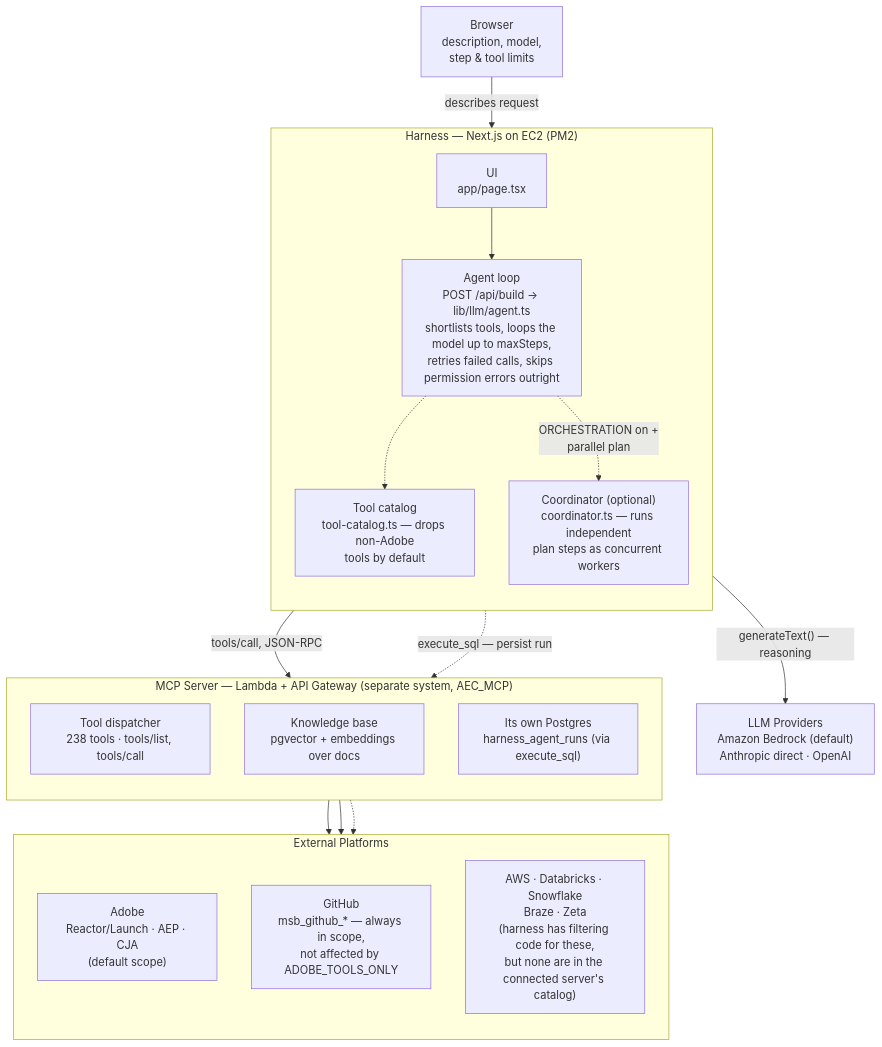
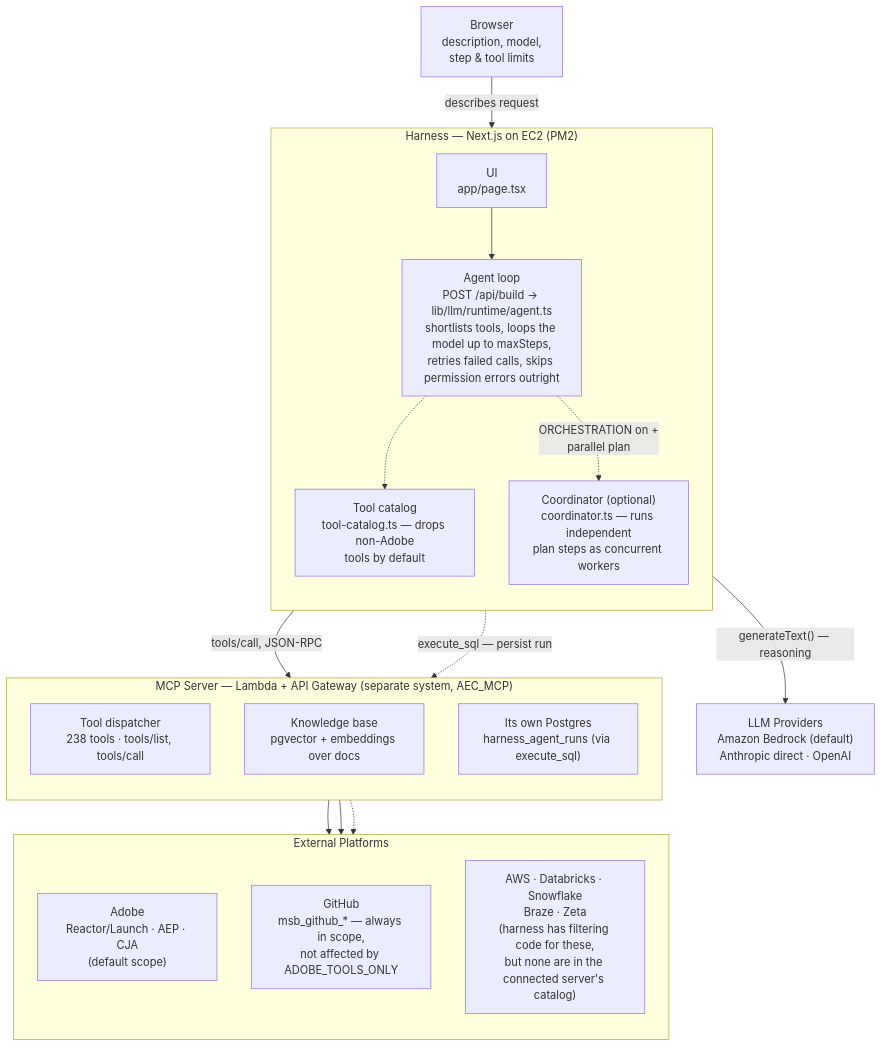
Before and after one commit to chaunceyplum/NEXT_HARNESS: the diagram in ARCHITECTURE.md, drawn with Mermaid. The commit also changed other lines of this file and 143 other files, not shown here.

First line of the commit message:
refactor(llm): group lib/llm into runtime, tools, models, quality and domains

````diff
--- a/ARCHITECTURE.md
+++ b/ARCHITECTURE.md
@@ -8,39 +8,39 @@
 ```mermaid
 flowchart TD
     Browser["Browser<br/>description, model,<br/>step &amp; tool limits"]
 
     subgraph Harness["Harness — Next.js on EC2 (PM2)"]
         direction TB
         UI["UI<br/>app/page.tsx"]
-        Agent["Agent loop<br/>POST /api/build → lib/llm/agent.ts<br/>shortlists tools, loops the model up to maxSteps,<br/>retries failed calls, skips permission errors outright"]
+        Agent["Agent loop<br/>POST /api/build → lib/llm/runtime/agent.ts<br/>shortlists tools, loops the model up to maxSteps,<br/>retries failed calls, skips permission errors outright"]
         Catalog["Tool catalog<br/>tool-catalog.ts — drops non-Adobe<br/>tools by default"]
         Coordinator["Coordinator (optional)<br/>coordinator.ts — runs independent<br/>plan steps as concurrent workers"]
         UI --> Agent
         Agent -.-> Catalog
         Agent -.->|"ORCHESTRATION on +<br/>parallel plan"| Coordinator
     end
 
     LLM["LLM Providers<br/>Amazon Bedrock (default)<br/>Anthropic direct · OpenAI"]
 
     subgraph MCP["MCP Server — Lambda + API Gateway (separate system, AEC_MCP)"]
         direction TB
         Dispatcher["Tool dispatcher<br/>238 tools · tools/list, tools/call"]
         KB["Knowledge base<br/>pgvector + embeddings over docs"]
         DB["Its own Postgres<br/>harness_agent_runs (via execute_sql)"]
     end
 
     subgraph External["External Platforms"]
         direction TB
         Adobe["Adobe<br/>Reactor/Launch · AEP · CJA<br/>(default scope)"]
         GitHub["GitHub<br/>msb_github_* — always in scope,<br/>not affected by ADOBE_TOOLS_ONLY"]
         Rest["AWS · Databricks · Snowflake<br/>Braze · Zeta<br/>(harness has filtering code for these,<br/>but none are in the connected server's catalog)"]
     end
 
     Browser -->|describes request| UI
     Agent -->|"generateText() — reasoning"| LLM
     Agent -->|tools/call, JSON-RPC| Dispatcher
     Agent -.->|execute_sql — persist run| DB
     Dispatcher --> Adobe
     Dispatcher --> GitHub
     Dispatcher -.-> Rest
 ```
````
